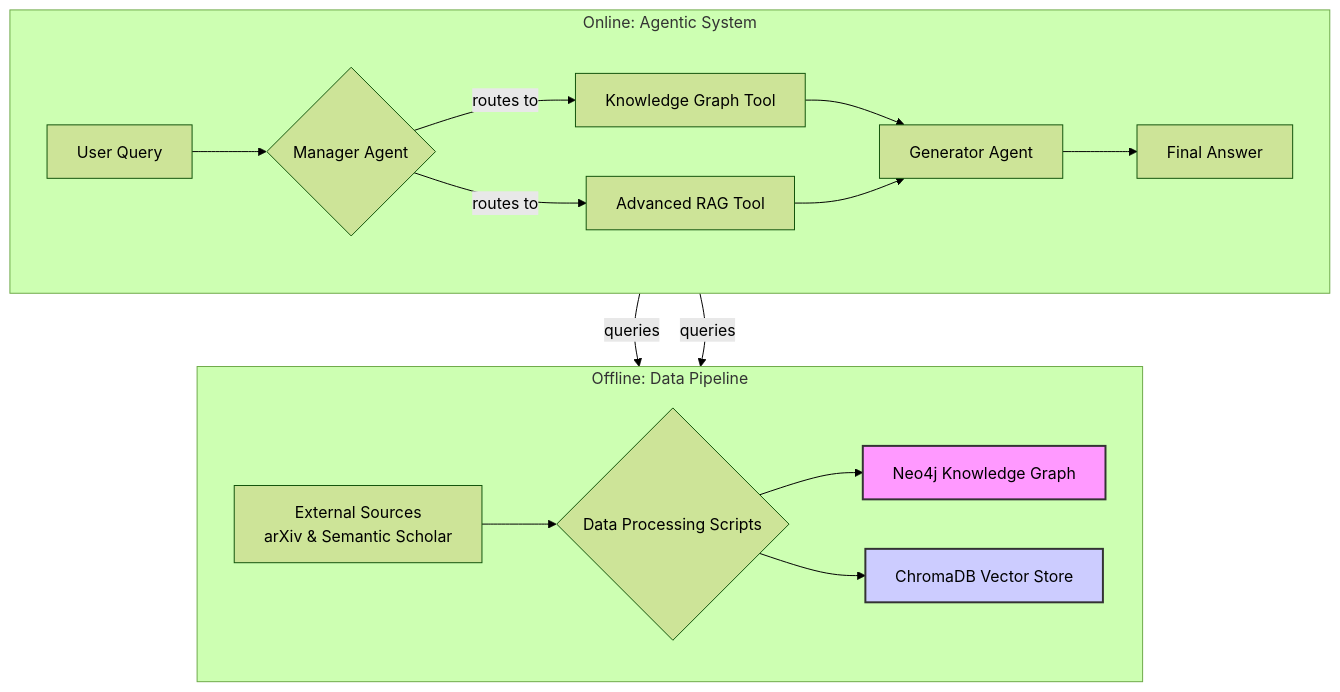
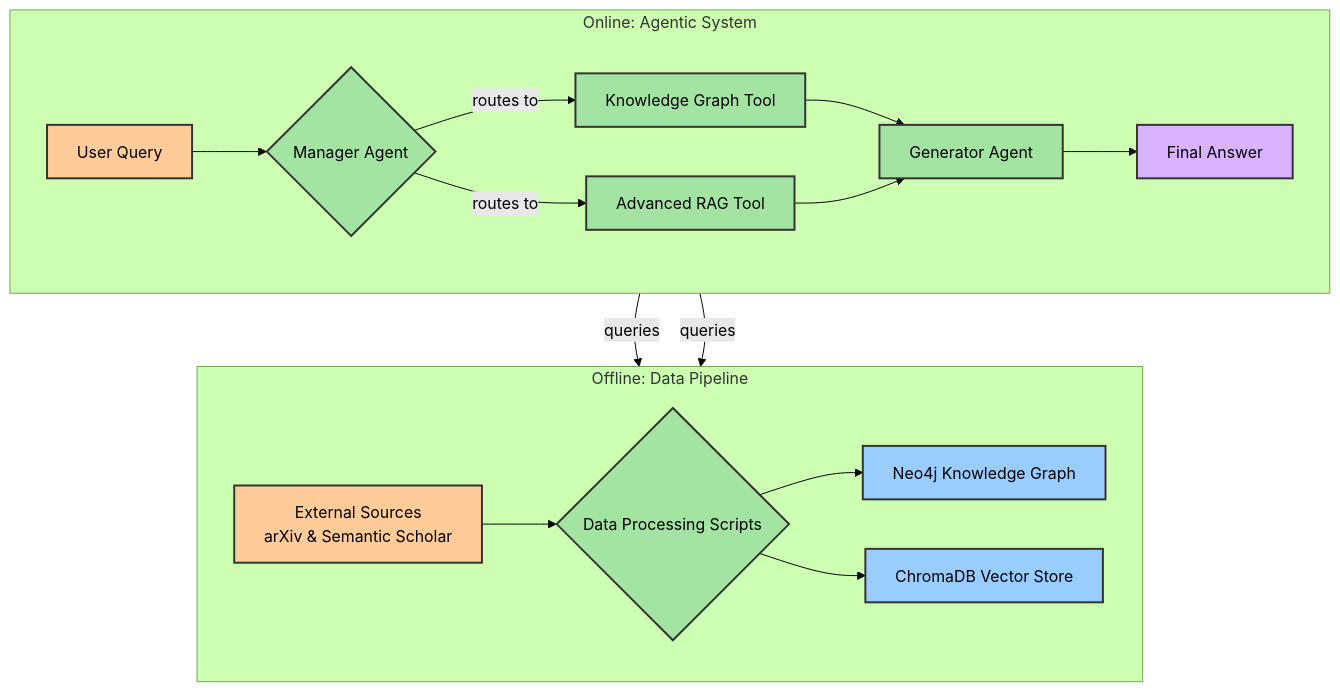
Before and after one commit to shilpamusale/scholar-agent: the diagram in README.md, drawn with Mermaid (forest theme).

Commit message:
docs: Professionalize README with architecture and usage guide

````diff
--- a/README.md
+++ b/README.md
@@ -19,25 +19,37 @@
 ```mermaid
 graph TD
     subgraph "Offline: Data Pipeline"
         direction LR
         A[External Sources <br> arXiv & Semantic Scholar] --> B{Data Processing Scripts};
         B --> C[Neo4j Knowledge Graph];
         B --> D[ChromaDB Vector Store];
     end
 
     subgraph "Online: Agentic System"
         direction LR
         E[User Query] --> F{Manager Agent};
         F -- routes to --> G[Knowledge Graph Tool];
         F -- routes to --> H[Advanced RAG Tool];
         G -- queries --> C;
         H -- queries --> D;
         I[Generator Agent]
         G --> I;
         H --> I;
         I --> J[Final Answer];
     end
 
-    style C fill:#f9f,stroke:#333,stroke-width:2px
-    style D fill:#ccf,stroke:#333,stroke-width:2px
+    %% Styles
+    style A fill:#ffcc99,stroke:#333,stroke-width:2px,color:#000   %% Sources
+    style E fill:#ffcc99,stroke:#333,stroke-width:2px,color:#000   %% User Query
+
+    style B fill:#a3e4a3,stroke:#333,stroke-width:2px,color:#000   %% Processing
+    style F fill:#a3e4a3,stroke:#333,stroke-width:2px,color:#000   %% Manager Agent
+    style G fill:#a3e4a3,stroke:#333,stroke-width:2px,color:#000   %% Knowledge Graph Tool
+    style H fill:#a3e4a3,stroke:#333,stroke-width:2px,color:#000   %% RAG Tool
+    style I fill:#a3e4a3,stroke:#333,stroke-width:2px,color:#000   %% Generator Agent
+
+    style C fill:#99ccff,stroke:#333,stroke-width:2px,color:#000   %% Neo4j
+    style D fill:#99ccff,stroke:#333,stroke-width:2px,color:#000   %% ChromaDB
+
+    style J fill:#d9b3ff,stroke:#333,stroke-width:2px,color:#000   %% Final Answer
 ```
````
